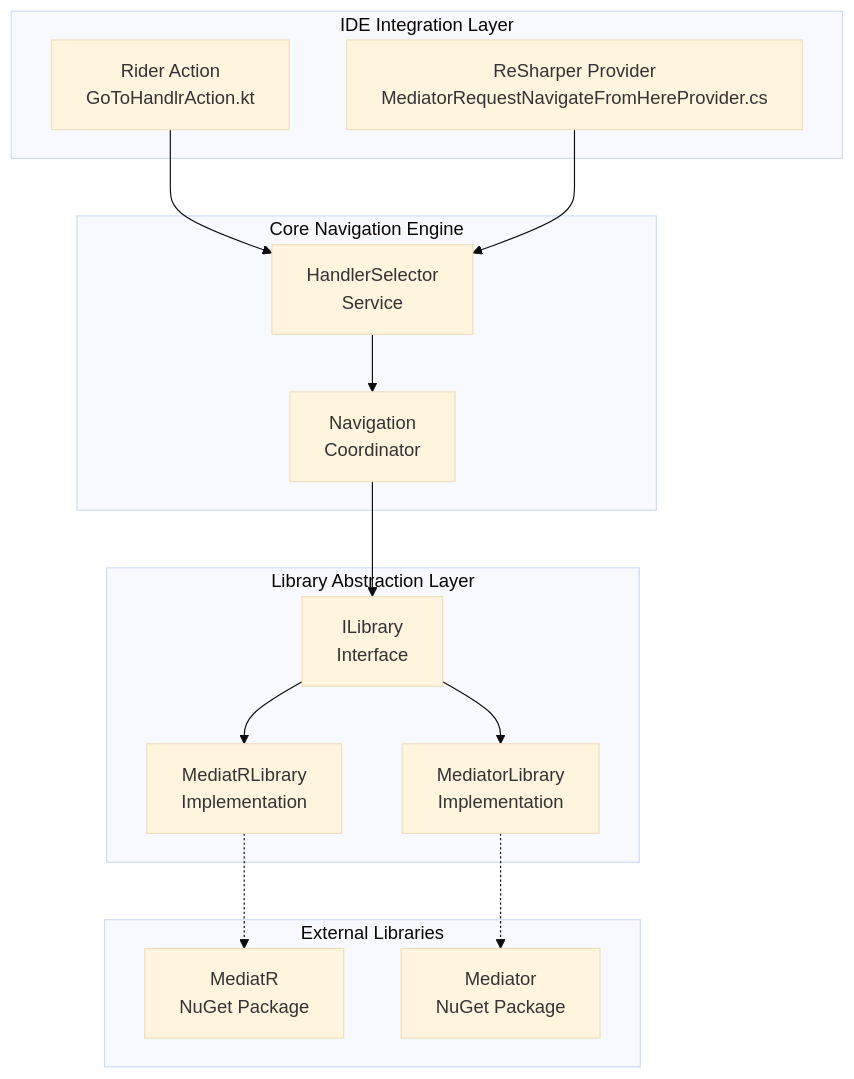
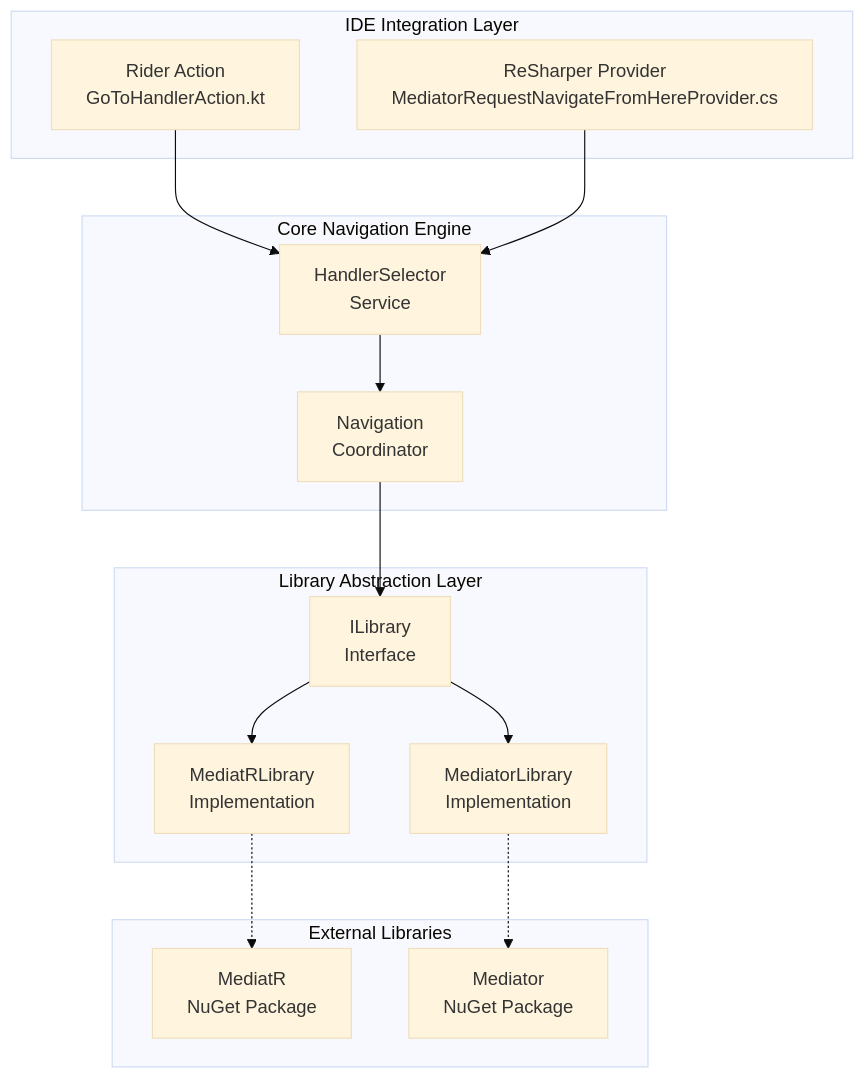
Before and after one commit to Octelys/mediator-plugin: the diagram in README.md, drawn with Mermaid (base theme). The commit also changed other lines of this file and 16 other files, not shown here.

First line of the commit message:
fix: rename GoToHandlrAction to GoToHandlerAction (#102)

````diff
--- a/README.md
+++ b/README.md
@@ -21,32 +21,32 @@
 ```mermaid
 graph TB
     subgraph "IDE Integration Layer"
-        A1[Rider Action<br/>GoToHandlrAction.kt]
+        A1[Rider Action<br/>GoToHandlerAction.kt]
         A2[ReSharper Provider<br/>MediatorRequestNavigateFromHereProvider.cs]
     end
     
     subgraph "Core Navigation Engine"
         B1[HandlerSelector<br/>Service]
         B2[Navigation<br/>Coordinator]
     end
     
     subgraph "Library Abstraction Layer"
         C1[ILibrary<br/>Interface]
         C2[MediatRLibrary<br/>Implementation]
         C3[MediatorLibrary<br/>Implementation]
     end
     
     subgraph "External Libraries"
         D1[MediatR<br/>NuGet Package]
         D2[Mediator<br/>NuGet Package]
     end
     
     A1 --> B1
     A2 --> B1
     B1 --> B2
     B2 --> C1
     C1 --> C2
     C1 --> C3
     C2 -.-> D1
     C3 -.-> D2
 ```
````
